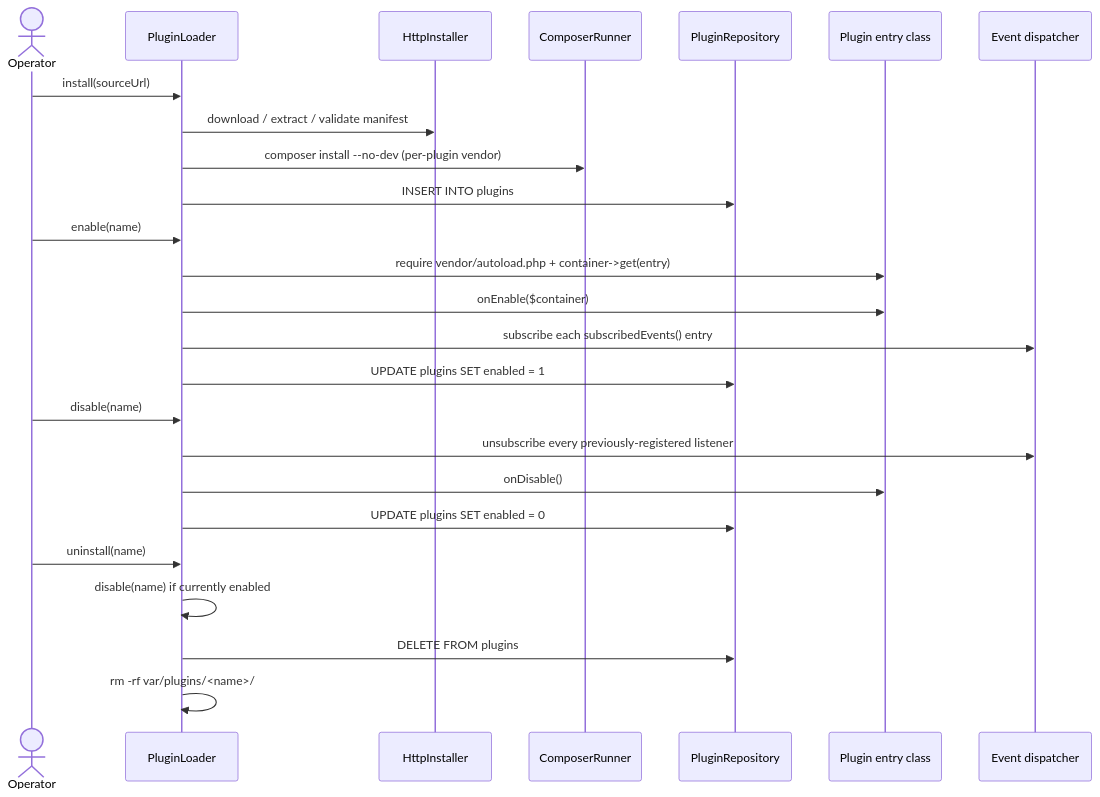
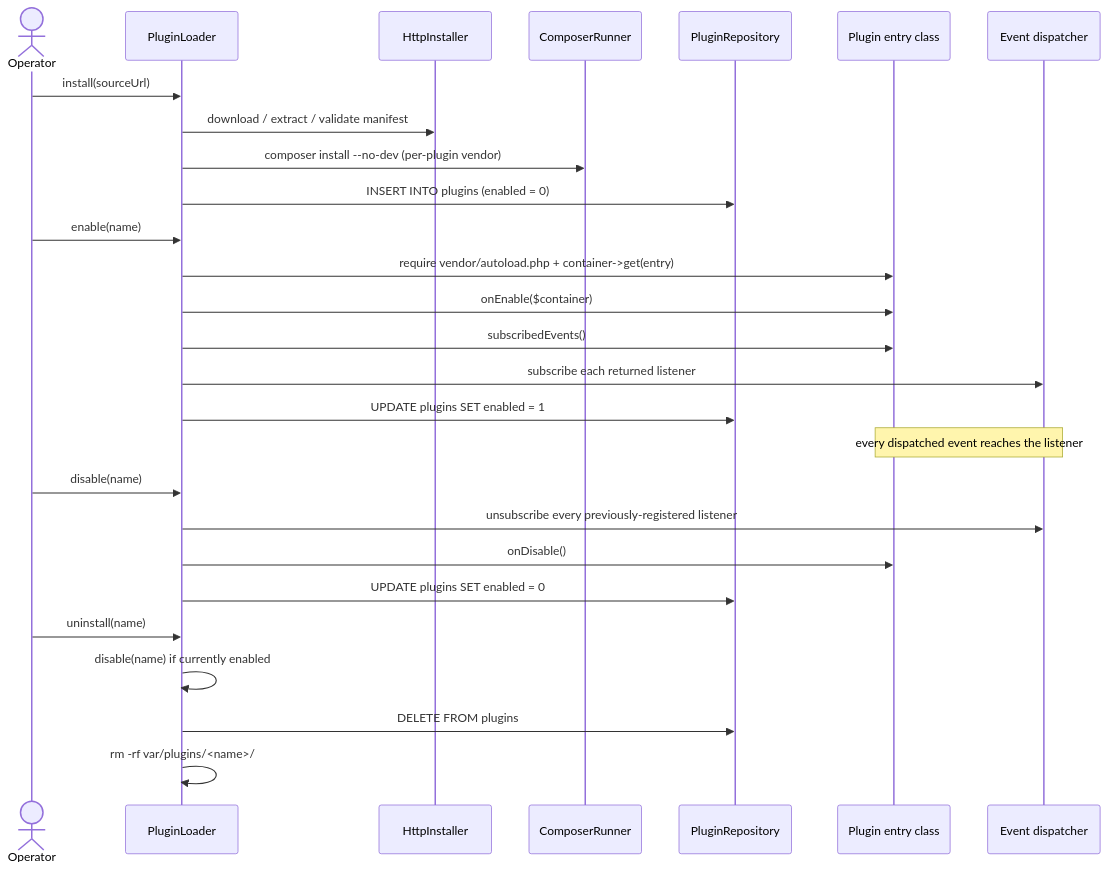
Before and after one commit to detain/phlex-server: the diagram in docs/plugins/developer-guide.md, drawn with Mermaid. The commit also changed other lines of this file and 4 other files, not shown here.

````diff
--- a/docs/plugins/developer-guide.md
+++ b/docs/plugins/developer-guide.md
@@ -24,28 +221,30 @@
 ```mermaid
 sequenceDiagram
     actor Operator
     participant Loader as PluginLoader
     participant Installer as HttpInstaller
     participant Composer as ComposerRunner
     participant Repo as PluginRepository
     participant Plugin as Plugin entry class
     participant Dispatcher as Event dispatcher
 
     Operator->>Loader: install(sourceUrl)
     Loader->>Installer: download / extract / validate manifest
     Loader->>Composer: composer install --no-dev (per-plugin vendor)
-    Loader->>Repo: INSERT INTO plugins
+    Loader->>Repo: INSERT INTO plugins (enabled = 0)
     Operator->>Loader: enable(name)
     Loader->>Plugin: require vendor/autoload.php + container->get(entry)
     Loader->>Plugin: onEnable($container)
-    Loader->>Dispatcher: subscribe each subscribedEvents() entry
+    Loader->>Plugin: subscribedEvents()
+    Loader->>Dispatcher: subscribe each returned listener
     Loader->>Repo: UPDATE plugins SET enabled = 1
+    Note over Dispatcher,Plugin: every dispatched event reaches the listener
     Operator->>Loader: disable(name)
     Loader->>Dispatcher: unsubscribe every previously-registered listener
     Loader->>Plugin: onDisable()
     Loader->>Repo: UPDATE plugins SET enabled = 0
     Operator->>Loader: uninstall(name)
     Loader->>Loader: disable(name) if currently enabled
     Loader->>Repo: DELETE FROM plugins
     Loader->>Loader: rm -rf var/plugins/<name>/
 ```
````
